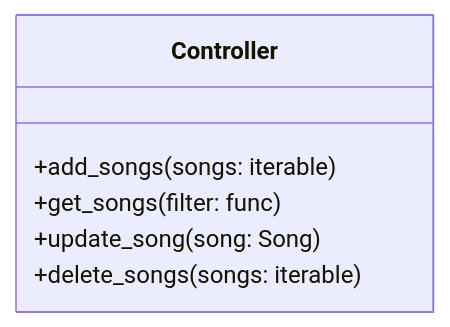
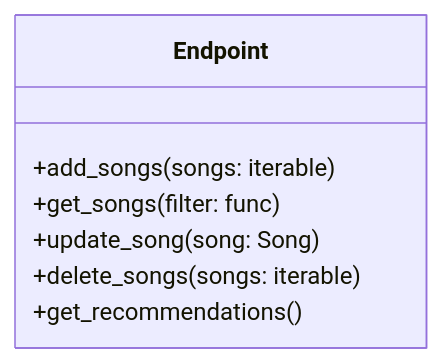
The second of 3 diagrams in doc/DESIGN.md (hdvvaldes/MP3Interface), drawn with Mermaid before and after one commit. The commit also changed other lines of this file, not shown here.

Commit message:
design(Model and Controller): Divion of the roles of each MVC part

````diff
--- a/doc/DESIGN.md
+++ b/doc/DESIGN.md
@@ -52,9 +44,10 @@
 ```mermaid
 classDiagram
-    class Controller {
+    class Endpoint{
         +add_songs(songs: iterable)
         +get_songs(filter: func)
         +update_song(song: Song)
         +delete_songs(songs: iterable)
+        +get_recommendations()
     }
 ```
````
